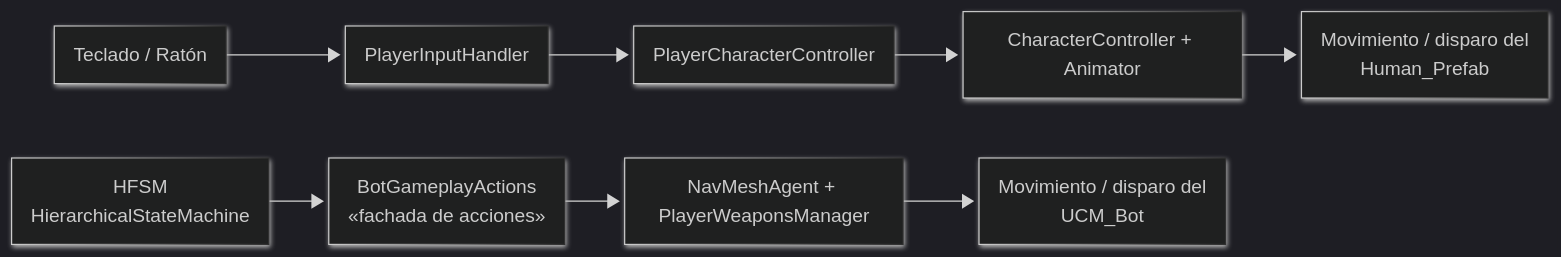
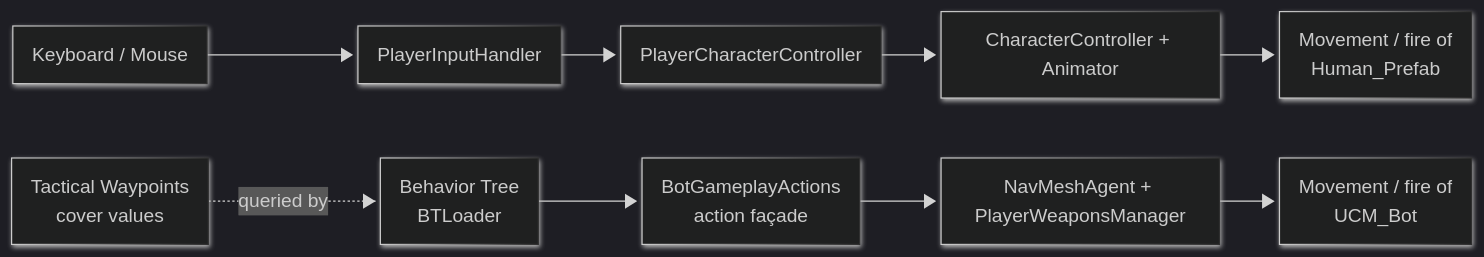
One commit to Kang-Hsi/hfsm-bt changed the first of 3 diagrams in README.md. Above: the diagram before and after it, drawn with Mermaid. The commit also changed other lines of this file, not shown here.

````diff
--- a/README.md
+++ b/README.md
@@ -44,16 +33,18 @@
 ```mermaid
 ---
 config:
   theme: dark
   look: neo
 ---
 flowchart LR
-  Input[Teclado / Ratón] --> PIH[PlayerInputHandler]
+  Input[Keyboard / Mouse] --> PIH[PlayerInputHandler]
   PIH --> PCC[PlayerCharacterController]
   PCC --> CC[CharacterController + Animator]
-  CC --> Body1[Movimiento / disparo del<br>Human_Prefab]
+  CC --> Body1[Movement / fire of<br>Human_Prefab]
 
-  HFSM[HFSM<br>HierarchicalStateMachine] --> BGA[BotGameplayActions<br>«fachada de acciones»]
+  BT[Behavior Tree<br>BTLoader] --> BGA[BotGameplayActions<br>action façade]
   BGA --> NMA[NavMeshAgent + PlayerWeaponsManager]
-  NMA --> Body2[Movimiento / disparo del<br>UCM_Bot]
+  NMA --> Body2[Movement / fire of<br>UCM_Bot]
+
+  TW[Tactical Waypoints<br>cover values] -.queried by.-> BT
 ```
````
